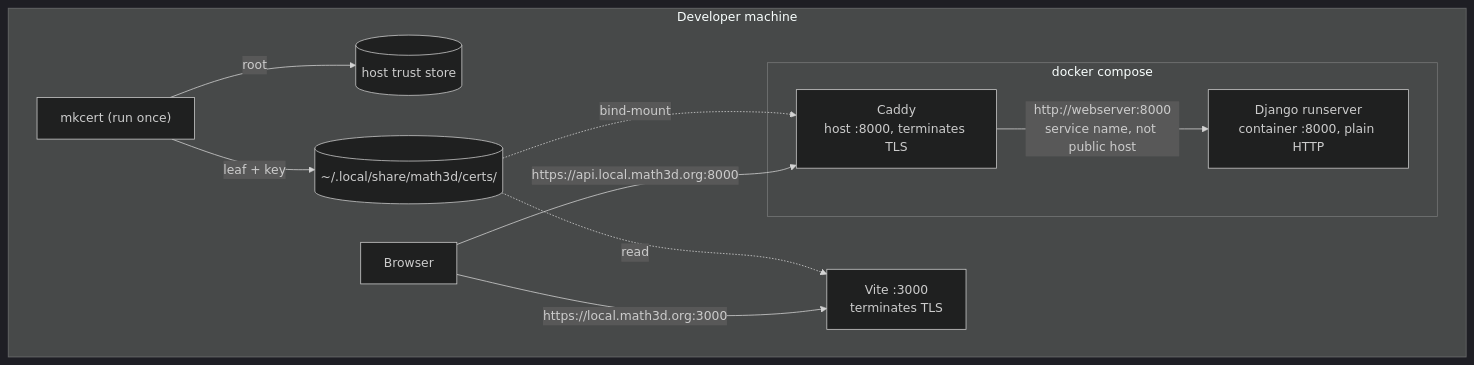
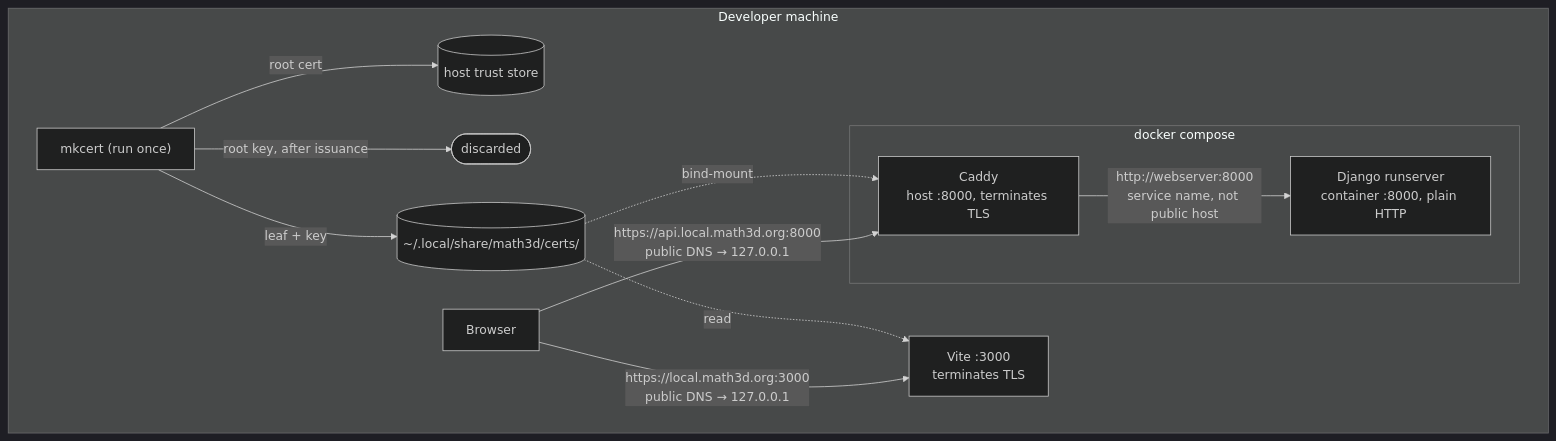
One commit to ChristopherChudzicki/math3d-next changed the diagram in docs/adr/0005-local-https-dev-environment.md. Above: the diagram before and after it, drawn with Mermaid (dark theme). The commit also changed other lines of this file, not shown here.

````diff
--- a/docs/adr/0005-local-https-dev-environment.md
+++ b/docs/adr/0005-local-https-dev-environment.md
@@ -52,22 +59,24 @@
 ```mermaid
 flowchart TB
     subgraph host["Developer machine"]
         mkcert["mkcert (run once)"]
         store[("host trust store")]
+        gone(["discarded"])
         certs[("~/.local/share/math3d/certs/")]
         browser["Browser"]
         vite["Vite :3000<br/>terminates TLS"]
         subgraph compose["docker compose"]
             caddy["Caddy<br/>host :8000, terminates TLS"]
             django["Django runserver<br/>container :8000, plain HTTP"]
         end
     end
 
-    mkcert -->|root| store
+    mkcert -->|"root cert"| store
+    mkcert -->|"root key, after issuance"| gone
     mkcert -->|"leaf + key"| certs
     certs -.->|read| vite
     certs -.->|bind-mount| caddy
-    browser -->|"https://local.math3d.org:3000"| vite
-    browser -->|"https://api.local.math3d.org:8000"| caddy
+    browser -->|"https://local.math3d.org:3000<br/>public DNS → 127.0.0.1"| vite
+    browser -->|"https://api.local.math3d.org:8000<br/>public DNS → 127.0.0.1"| caddy
     caddy -->|"http://webserver:8000<br/>service name, not public host"| django
 ```
````
